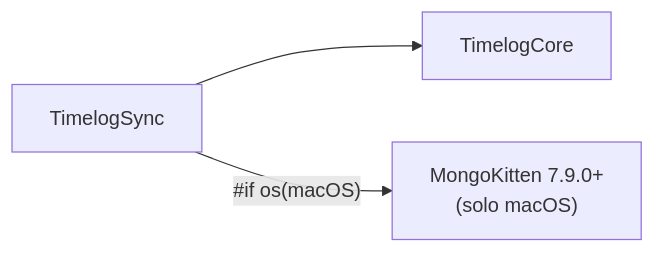
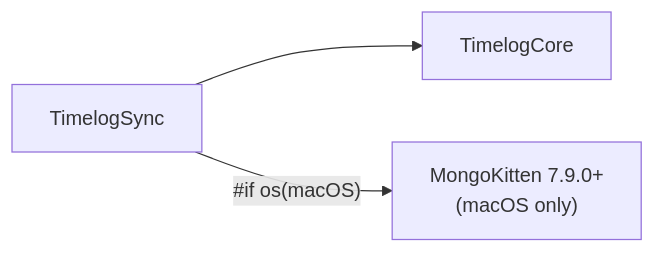
One commit to albertobarrago/timelog changed the second of 2 diagrams in docs/01-architettura.md. Above: the diagram before and after it, drawn with Mermaid. The commit also changed other lines of this file and 12 other files, not shown here.

````diff
--- a/docs/01-architettura.md
+++ b/docs/01-architettura.md
@@ -101,9 +101,9 @@
 ```mermaid
 graph LR
     TimelogCore["TimelogCore"]
     TimelogSync["TimelogSync"]
-    MongoKitten["MongoKitten 7.9.0+\n(solo macOS)"]
+    MongoKitten["MongoKitten 7.9.0+\n(macOS only)"]
 
     TimelogSync --> TimelogCore
     TimelogSync -->|"#if os(macOS)"| MongoKitten
 ```
````
